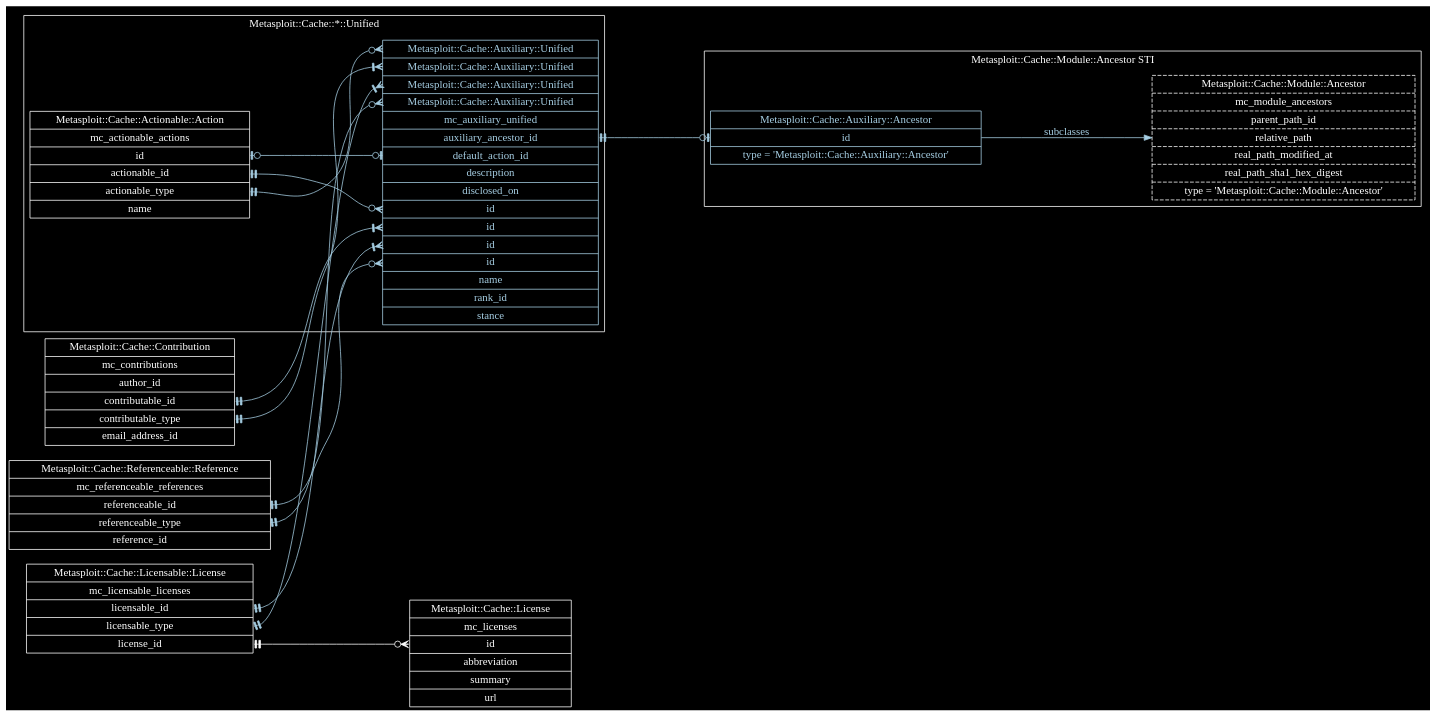
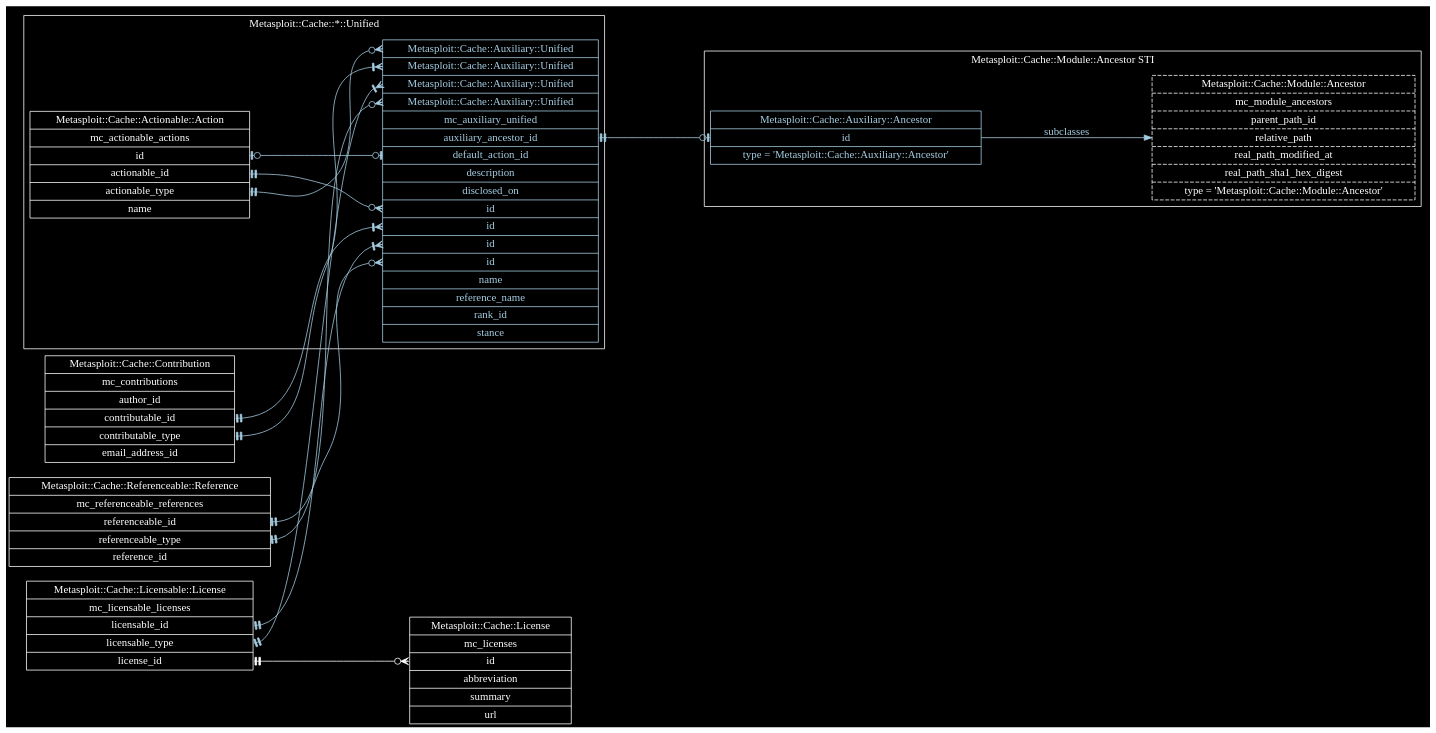
Before and after one commit to rapid7/metasploit-cache: the diagram in docs/metasploit-cache-read-model.dot, drawn with Graphviz.

Commit message:
Denormalize reference_name in unified models
MSP-12192

```diff
--- a/docs/metasploit-cache-read-model.dot
+++ b/docs/metasploit-cache-read-model.dot
@@ -1,147 +1,147 @@
 digraph "Metasploit::Cache Read Model" {
   edge [
     color = "white"
     fontcolor = "white"
   ]
   graph [
     bgcolor = "black"
     rankdir = "LR"
     ranksep = "2"
   ]
   node [
     color = "white"
     fontcolor = "white"
     shape = "record"
   ]
 
   "Metasploit::Cache::Actionable::Action" [
     label = "Metasploit::Cache::Actionable::Action | mc_actionable_actions | <id>id | <actionable_id>actionable_id | <actionable_type>actionable_type | name"
   ]
 
   "Metasploit::Cache::Actionable::Action":actionable_id -> "Metasploit::Cache::Auxiliary::Unified":id_for_actionable_id [
     arrowhead = "crowodot"
     arrowtail = "teetee"
     color = "/paired9/1"
     dir = "both"
   ]
 
   "Metasploit::Cache::Actionable::Action":actionable_type -> "Metasploit::Cache::Auxiliary::Unified":type_for_actionable_type [
     arrowhead = "crowodot"
     arrowtail = "teetee"
     color = "/paired9/1"
     dir = "both"
   ]
 
   "Metasploit::Cache::Contribution" [
     label = "Metasploit::Cache::Contribution | mc_contributions | author_id | <contributable_id>contributable_id | <contributable_type>contributable_type | email_address_id"
   ]
 
   "Metasploit::Cache::Contribution":contributable_id -> "Metasploit::Cache::Auxiliary::Unified":id_for_contributable_id [
     arrowhead = "crowtee"
     arrowtail = "teetee"
     color = "/paired9/1"
     dir = "both"
   ]
 
   "Metasploit::Cache::Contribution":contributable_type -> "Metasploit::Cache::Auxiliary::Unified":type_for_contributable_type [
     arrowhead = "crowtee"
     arrowtail = "teetee"
     color = "/paired9/1"
     dir = "both"
   ]
 
   "Metasploit::Cache::License" [
     label = "Metasploit::Cache::License | mc_licenses | <id>id | abbreviation | summary | url"
   ]
 
   "Metasploit::Cache::Licensable::License" [
     label = "Metasploit::Cache::Licensable::License | mc_licensable_licenses | <licensable_id>licensable_id | <licensable_type>licensable_type | <license_id>license_id"
   ]
 
   "Metasploit::Cache::Licensable::License":licensable_id -> "Metasploit::Cache::Auxiliary::Unified":id_for_licensable_id [
     arrowhead = "crowtee"
     arrowtail = "teetee"
     color = "/paired9/1"
     dir = "both"
   ]
 
   "Metasploit::Cache::Licensable::License":licensable_type -> "Metasploit::Cache::Auxiliary::Unified":type_for_licensable_type [
     arrowhead = "crowtee"
     arrowtail = "teetee"
     color = "/paired9/1"
     dir = "both"
   ]
 
   "Metasploit::Cache::Licensable::License":license_id -> "Metasploit::Cache::License":id [
     arrowhead = "crowodot"
     arrowtail = "teetee"
     dir = "both"
   ]
 
   "Metasploit::Cache::Referenceable::Reference" [
     label = "Metasploit::Cache::Referenceable::Reference | mc_referenceable_references | <referenceable_id>referenceable_id | <referenceable_type>referenceable_type | reference_id"
   ]
 
   "Metasploit::Cache::Referenceable::Reference":referenceable_id -> "Metasploit::Cache::Auxiliary::Unified":id_for_referenceable_id [
     arrowhead = "crowodot"
     arrowtail = "teetee"
     color = "/paired9/1"
     dir = "both"
   ]
 
   "Metasploit::Cache::Referenceable::Reference":referenceable_type -> "Metasploit::Cache::Auxiliary::Unified":type_for_referenceable_type [
     arrowhead = "crowodot"
     arrowtail = "teetee"
     color = "/paired9/1"
     dir = "both"
   ]
 
   subgraph cluster_mc_module_ancestors {
     color = "white"
     fontcolor = "white"
     label = "Metasploit::Cache::Module::Ancestor STI"
 
     "Metasploit::Cache::Module::Ancestor" [
       label = "Metasploit::Cache::Module::Ancestor | mc_module_ancestors | parent_path_id | relative_path | real_path_modified_at | real_path_sha1_hex_digest | type = 'Metasploit::Cache::Module::Ancestor'"
       style = "dashed"
     ]
 
     "Metasploit::Cache::Auxiliary::Ancestor" [
       fontcolor = "/paired9/1"
       label = "Metasploit::Cache::Auxiliary::Ancestor | <id>id | type = 'Metasploit::Cache::Auxiliary::Ancestor'"
       color = "/paired9/1"
     ]
 
     "Metasploit::Cache::Auxiliary::Ancestor" -> "Metasploit::Cache::Module::Ancestor" [
       color = "/paired9/1"
       fontcolor = "/paired9/1"
       label = "subclasses"
     ]
   }
 
   subgraph cluster_metasploit_cache_unified {
     color = "white"
     fontcolor = "white"
     label = "Metasploit::Cache::*::Unified"
 
     "Metasploit::Cache::Auxiliary::Unified" [
       color = "/paired9/1"
       fontcolor = "/paired9/1"
-      label = "<type_for_actionable_type>Metasploit::Cache::Auxiliary::Unified | <type_for_contributable_type>Metasploit::Cache::Auxiliary::Unified | <type_for_licensable_type>Metasploit::Cache::Auxiliary::Unified | <type_for_referenceable_type>Metasploit::Cache::Auxiliary::Unified | mc_auxiliary_unified | <auxiliary_ancestor_id>auxiliary_ancestor_id | <default_action_id>default_action_id | description | disclosed_on | <id_for_actionable_id>id | <id_for_contributable_id>id | <id_for_licensable_id>id | <id_for_referenceable_id>id | name | rank_id | stance"
+      label = "<type_for_actionable_type>Metasploit::Cache::Auxiliary::Unified | <type_for_contributable_type>Metasploit::Cache::Auxiliary::Unified | <type_for_licensable_type>Metasploit::Cache::Auxiliary::Unified | <type_for_referenceable_type>Metasploit::Cache::Auxiliary::Unified | mc_auxiliary_unified | <auxiliary_ancestor_id>auxiliary_ancestor_id | <default_action_id>default_action_id | description | disclosed_on | <id_for_actionable_id>id | <id_for_contributable_id>id | <id_for_licensable_id>id | <id_for_referenceable_id>id | name | reference_name | rank_id | stance"
     ]
 
     "Metasploit::Cache::Auxiliary::Unified":auxiliary_ancestor_id -> "Metasploit::Cache::Auxiliary::Ancestor":id [
       arrowhead = "teeodot"
       arrowtail = "teetee"
       color = "/paired9/1"
       dir = "both"
     ]
 
     "Metasploit::Cache::Auxiliary::Unified":default_action_id -> "Metasploit::Cache::Actionable::Action":id [
       arrowhead = "teeodot"
       arrowtail = "teeodot"
       color = "/paired9/1"
       dir = "both"
     ]
   }
 }
```
